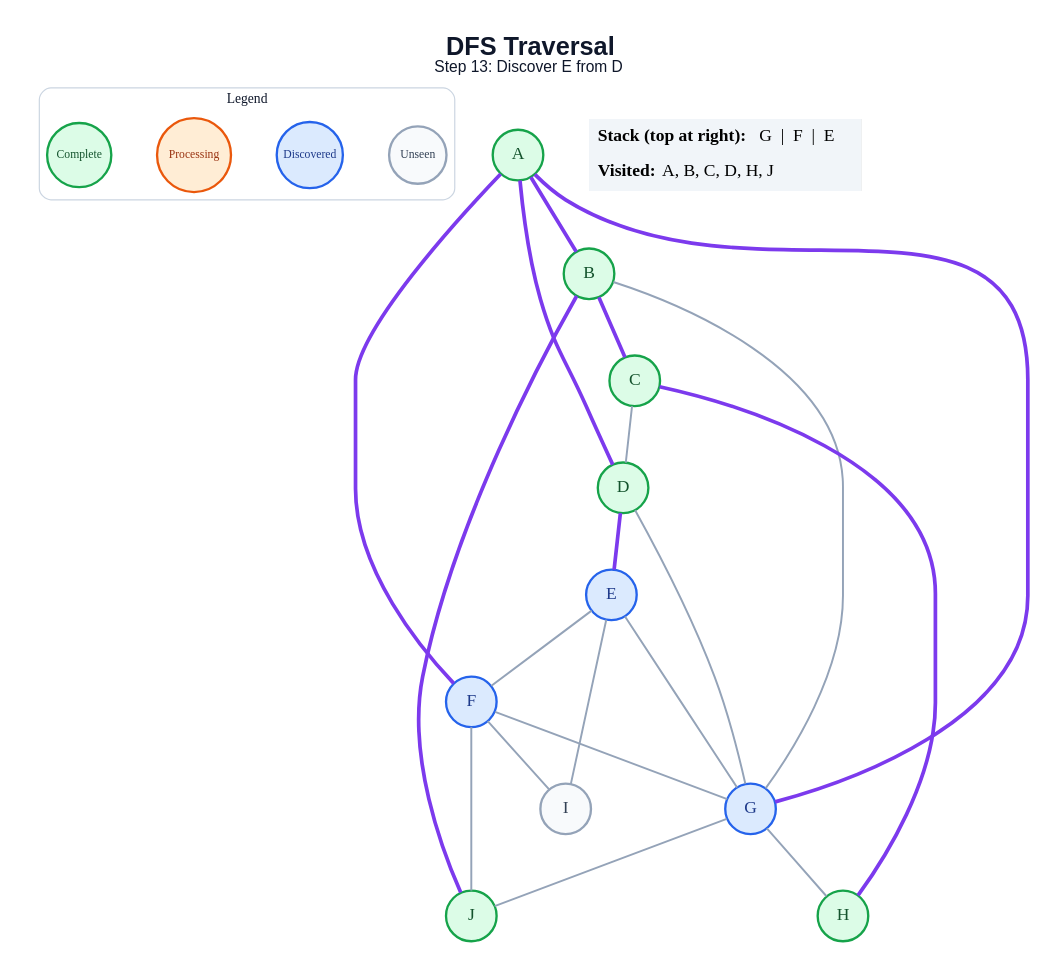
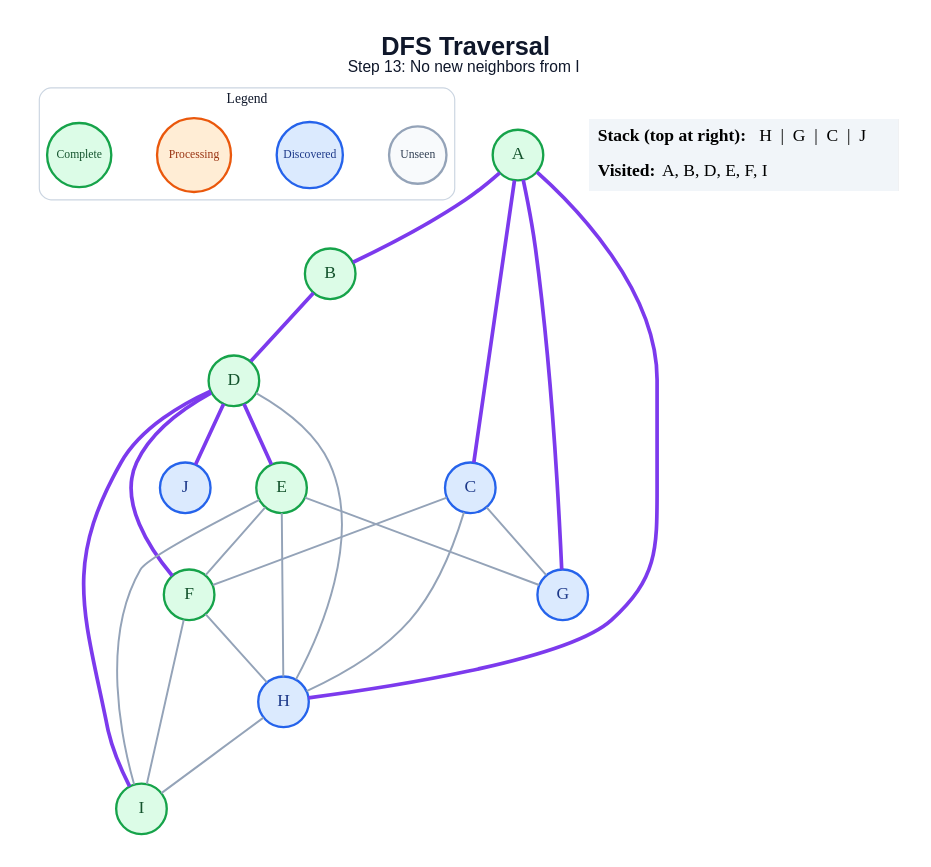
Before and after one commit to amanghodawala9/ai-slop: the diagram in generated/dfs/step_13.dot, drawn with Graphviz. The commit also changed 178 other files, not shown here.

```diff
--- a/generated/dfs/step_13.dot
+++ b/generated/dfs/step_13.dot
@@ -1,48 +1,49 @@
 graph traversal {
   graph [layout=dot, rankdir=TB, bgcolor="#FFFFFF", pad="0.35", nodesep="0.65", ranksep="0.8", fontname="Arial"];
   node [shape=circle, style="filled", fontname="Arial Bold", fontsize=18, width=0.72, fixedsize=true, penwidth=2.4];
   edge [color="#94A3B8", penwidth=2.0];
-  label=<<B>DFS Traversal</B><BR/><FONT POINT-SIZE="16">Step 13: Discover E from D</FONT>>; labelloc="t"; fontsize=26; fontname="Arial"; fontcolor="#0F172A";
+  label=<<B>DFS Traversal</B><BR/><FONT POINT-SIZE="16">Step 13: No new neighbors from I</FONT>>; labelloc="t"; fontsize=26; fontname="Arial"; fontcolor="#0F172A";
   subgraph cluster_legend { label="Legend"; color="#CBD5E1"; penwidth=1.2; style="rounded"; fontsize=14; fontname="Arial Bold";
     key_unseen [label="Unseen", fillcolor="#F8FAFC", color="#94A3B8", fontcolor="#334155", fontsize=12, width=0.82];
     key_frontier [label="Discovered", fillcolor="#DBEAFE", color="#2563EB", fontcolor="#1E3A8A", fontsize=12, width=0.95];
     key_current [label="Processing", fillcolor="#FFEDD5", color="#EA580C", fontcolor="#9A3412", fontsize=12, width=1.05];
     key_done [label="Complete", fillcolor="#DCFCE7", color="#16A34A", fontcolor="#14532D", fontsize=12, width=0.92];
     { rank=same; key_unseen; key_frontier; key_current; key_done; }
   }
   A [fillcolor="#DCFCE7", color="#16A34A", fontcolor="#14532D"];
   B [fillcolor="#DCFCE7", color="#16A34A", fontcolor="#14532D"];
-  C [fillcolor="#DCFCE7", color="#16A34A", fontcolor="#14532D"];
+  C [fillcolor="#DBEAFE", color="#2563EB", fontcolor="#1E3A8A"];
   D [fillcolor="#DCFCE7", color="#16A34A", fontcolor="#14532D"];
-  E [fillcolor="#DBEAFE", color="#2563EB", fontcolor="#1E3A8A"];
-  F [fillcolor="#DBEAFE", color="#2563EB", fontcolor="#1E3A8A"];
+  E [fillcolor="#DCFCE7", color="#16A34A", fontcolor="#14532D"];
+  F [fillcolor="#DCFCE7", color="#16A34A", fontcolor="#14532D"];
   G [fillcolor="#DBEAFE", color="#2563EB", fontcolor="#1E3A8A"];
-  H [fillcolor="#DCFCE7", color="#16A34A", fontcolor="#14532D"];
-  I [fillcolor="#F8FAFC", color="#94A3B8", fontcolor="#334155"];
-  J [fillcolor="#DCFCE7", color="#16A34A", fontcolor="#14532D"];
+  H [fillcolor="#DBEAFE", color="#2563EB", fontcolor="#1E3A8A"];
+  I [fillcolor="#DCFCE7", color="#16A34A", fontcolor="#14532D"];
+  J [fillcolor="#DBEAFE", color="#2563EB", fontcolor="#1E3A8A"];
   A -- B [color="#7C3AED", penwidth=3.8];
-  A -- D [color="#7C3AED", penwidth=3.8];
-  A -- F [color="#7C3AED", penwidth=3.8];
+  A -- C [color="#7C3AED", penwidth=3.8];
   A -- G [color="#7C3AED", penwidth=3.8];
-  B -- C [color="#7C3AED", penwidth=3.8];
-  B -- G;
-  B -- J [color="#7C3AED", penwidth=3.8];
-  C -- D;
-  C -- H [color="#7C3AED", penwidth=3.8];
+  A -- H [color="#7C3AED", penwidth=3.8];
+  B -- D [color="#7C3AED", penwidth=3.8];
+  C -- F;
+  C -- G;
+  C -- H;
   D -- E [color="#7C3AED", penwidth=3.8];
-  D -- G;
+  D -- F [color="#7C3AED", penwidth=3.8];
+  D -- H;
+  D -- I [color="#7C3AED", penwidth=3.8];
+  D -- J [color="#7C3AED", penwidth=3.8];
   E -- F;
   E -- G;
+  E -- H;
   E -- I;
-  F -- G;
+  F -- H;
   F -- I;
-  F -- J;
-  G -- H;
-  G -- J;
+  H -- I;
   status [shape=plain, fixedsize=false, width=0, height=0, margin=0, label=<
     <TABLE BORDER="0" CELLBORDER="0" CELLPADDING="7" BGCOLOR="#F1F5F9">
-      <TR><TD ALIGN="LEFT"><B>Stack (top at right):</B> G  |  F  |  E</TD></TR>
-      <TR><TD ALIGN="LEFT"><B>Visited:</B> A, B, C, D, H, J</TD></TR>
+      <TR><TD ALIGN="LEFT"><B>Stack (top at right):</B> H  |  G  |  C  |  J</TD></TR>
+      <TR><TD ALIGN="LEFT"><B>Visited:</B> A, B, D, E, F, I</TD></TR>
     </TABLE>
   >];
 }
```
